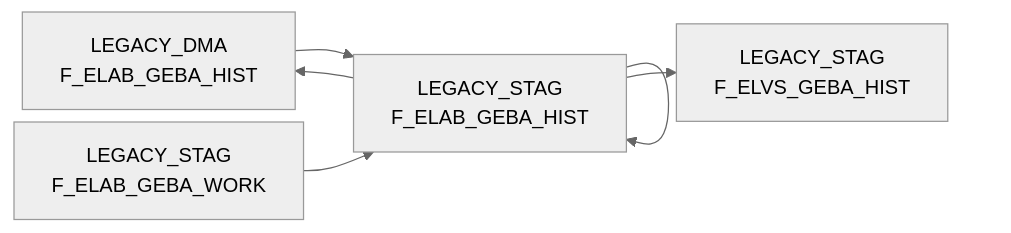
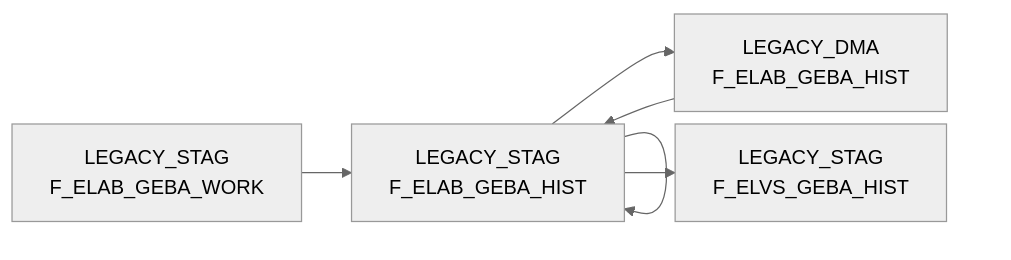
One commit to integration-factory-de/sas_code_docs changed the diagram in docs/Tables/LEGACY_STAG/F_ELAB_GEBA_HIST.md. Above: the diagram before and after it, drawn with Mermaid (neutral theme). The commit also changed other lines of this file and 129 other files, not shown here.

````diff
--- a/docs/Tables/LEGACY_STAG/F_ELAB_GEBA_HIST.md
+++ b/docs/Tables/LEGACY_STAG/F_ELAB_GEBA_HIST.md
@@ -9,21 +15,21 @@
 ```mermaid
 %%{init: {'flowchart': { 'nodeSpacing': 10, 'rankSpacing': 40, 'rankdir': 'TB' }}}%%
 
 flowchart LR
 
-  LEGACY_DMA.F_ELAB_GEBA_HIST["LEGACY_DMA<br/>F_ELAB_GEBA_HIST"] --> LEGACY_STAG.F_ELAB_GEBA_HIST["LEGACY_STAG<br/>F_ELAB_GEBA_HIST"]
-  LEGACY_STAG.F_ELAB_GEBA_HIST["LEGACY_STAG<br/>F_ELAB_GEBA_HIST"] --> LEGACY_STAG.F_ELVS_GEBA_HIST["LEGACY_STAG<br/>F_ELVS_GEBA_HIST"]
   LEGACY_STAG.F_ELAB_GEBA_HIST["LEGACY_STAG<br/>F_ELAB_GEBA_HIST"] --> LEGACY_DMA.F_ELAB_GEBA_HIST["LEGACY_DMA<br/>F_ELAB_GEBA_HIST"]
   LEGACY_STAG.F_ELAB_GEBA_WORK["LEGACY_STAG<br/>F_ELAB_GEBA_WORK"] --> LEGACY_STAG.F_ELAB_GEBA_HIST["LEGACY_STAG<br/>F_ELAB_GEBA_HIST"]
   LEGACY_STAG.F_ELAB_GEBA_HIST["LEGACY_STAG<br/>F_ELAB_GEBA_HIST"] --> LEGACY_STAG.F_ELAB_GEBA_HIST["LEGACY_STAG<br/>F_ELAB_GEBA_HIST"]
+  LEGACY_DMA.F_ELAB_GEBA_HIST["LEGACY_DMA<br/>F_ELAB_GEBA_HIST"] --> LEGACY_STAG.F_ELAB_GEBA_HIST["LEGACY_STAG<br/>F_ELAB_GEBA_HIST"]
+  LEGACY_STAG.F_ELAB_GEBA_HIST["LEGACY_STAG<br/>F_ELAB_GEBA_HIST"] --> LEGACY_STAG.F_ELVS_GEBA_HIST["LEGACY_STAG<br/>F_ELVS_GEBA_HIST"]
+  click LEGACY_STAG.F_ELAB_GEBA_HIST "../../tables/LEGACY_STAG/F_ELAB_GEBA_HIST"
+  click LEGACY_STAG.F_ELAB_GEBA_WORK "../../tables/LEGACY_STAG/F_ELAB_GEBA_WORK"
+  click LEGACY_STAG.F_ELAB_GEBA_HIST "../../tables/LEGACY_STAG/F_ELAB_GEBA_HIST"
+  click LEGACY_DMA.F_ELAB_GEBA_HIST "../../tables/LEGACY_DMA/F_ELAB_GEBA_HIST"
+  click LEGACY_STAG.F_ELAB_GEBA_HIST "../../tables/LEGACY_STAG/F_ELAB_GEBA_HIST"
   click LEGACY_DMA.F_ELAB_GEBA_HIST "../../tables/LEGACY_DMA/F_ELAB_GEBA_HIST"
   click LEGACY_STAG.F_ELAB_GEBA_HIST "../../tables/LEGACY_STAG/F_ELAB_GEBA_HIST"
   click LEGACY_STAG.F_ELAB_GEBA_HIST "../../tables/LEGACY_STAG/F_ELAB_GEBA_HIST"
-  click LEGACY_STAG.F_ELAB_GEBA_WORK "../../tables/LEGACY_STAG/F_ELAB_GEBA_WORK"
-  click LEGACY_STAG.F_ELAB_GEBA_HIST "../../tables/LEGACY_STAG/F_ELAB_GEBA_HIST"
   click LEGACY_STAG.F_ELAB_GEBA_HIST "../../tables/LEGACY_STAG/F_ELAB_GEBA_HIST"
   click LEGACY_STAG.F_ELVS_GEBA_HIST "../../tables/LEGACY_STAG/F_ELVS_GEBA_HIST"
-  click LEGACY_DMA.F_ELAB_GEBA_HIST "../../tables/LEGACY_DMA/F_ELAB_GEBA_HIST"
-  click LEGACY_STAG.F_ELAB_GEBA_HIST "../../tables/LEGACY_STAG/F_ELAB_GEBA_HIST"
-  click LEGACY_STAG.F_ELAB_GEBA_HIST "../../tables/LEGACY_STAG/F_ELAB_GEBA_HIST"
 ```
````
